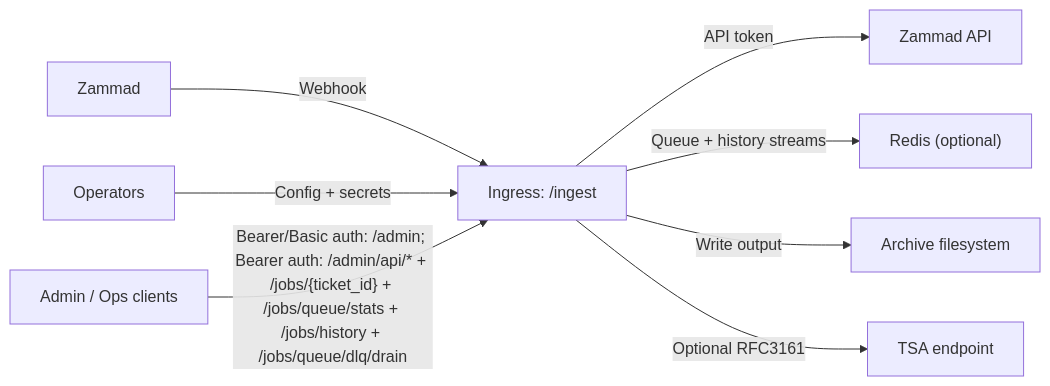
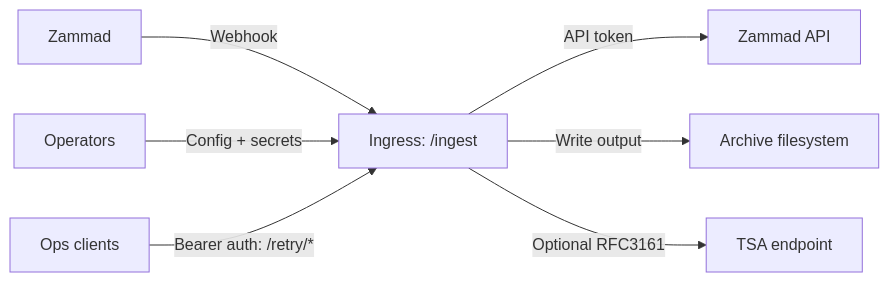
The diagram in docs/09-security.md (sebastianspicker/chronikwerk), drawn with Mermaid before and after one commit. The commit also changed other lines of this file and 360 other files, not shown here.

````diff
--- a/docs/09-security.md
+++ b/docs/09-security.md
@@ -7,10 +7,9 @@
 ```mermaid
 flowchart LR
   Z["Zammad"] -->|"Webhook"| I["Ingress: /ingest"]
   OP["Operators"] -->|"Config + secrets"| I
-  A["Admin / Ops clients"] -->|"Bearer/Basic auth: /admin; Bearer auth: /admin/api/* + /jobs/{ticket_id} + /jobs/queue/stats + /jobs/history + /jobs/queue/dlq/drain"| I
+  A["Ops clients"] -->|"Bearer auth: /retry/*"| I
   I -->|"API token"| ZA["Zammad API"]
-  I -->|"Queue + history streams"| R["Redis (optional)"]
   I -->|"Write output"| FS["Archive filesystem"]
   I -->|"Optional RFC3161"| TSA["TSA endpoint"]
 ```
````
